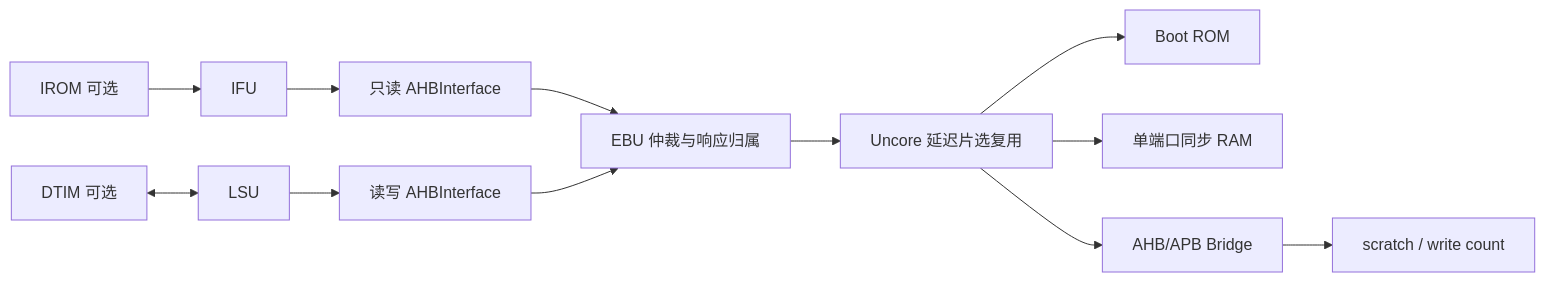
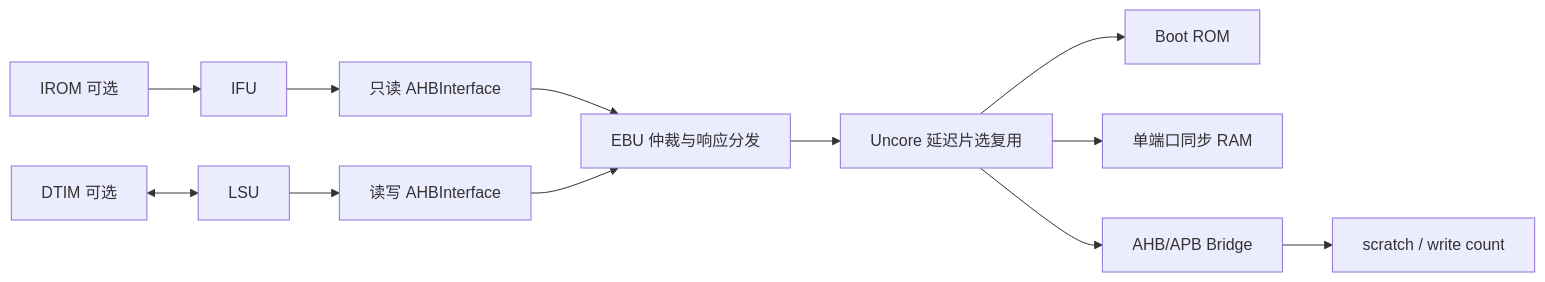
One commit to superstar1619/riscv-pipeline changed the diagram in docs/chapter9/20-lab-report.md. Above: the diagram before and after it, drawn with Mermaid. The commit also changed other lines of this file and 4 other files, not shown here.

````diff
--- a/docs/chapter9/20-lab-report.md
+++ b/docs/chapter9/20-lab-report.md
@@ -28,14 +28,14 @@
 ```mermaid
 flowchart LR
   IROM[IROM 可选] --> IFU
   DTIM[DTIM 可选] <--> LSU
   IFU --> IA[只读 AHBInterface]
   LSU --> DA[读写 AHBInterface]
-  IA --> EBU[EBU 仲裁与响应归属]
+  IA --> EBU[EBU 仲裁与响应分发]
   DA --> EBU
   EBU --> U[Uncore 延迟片选复用]
   U --> ROM[Boot ROM]
   U --> RAM[单端口同步 RAM]
   U --> B[AHB/APB Bridge]
   B --> APB[scratch / write count]
 ```
````
